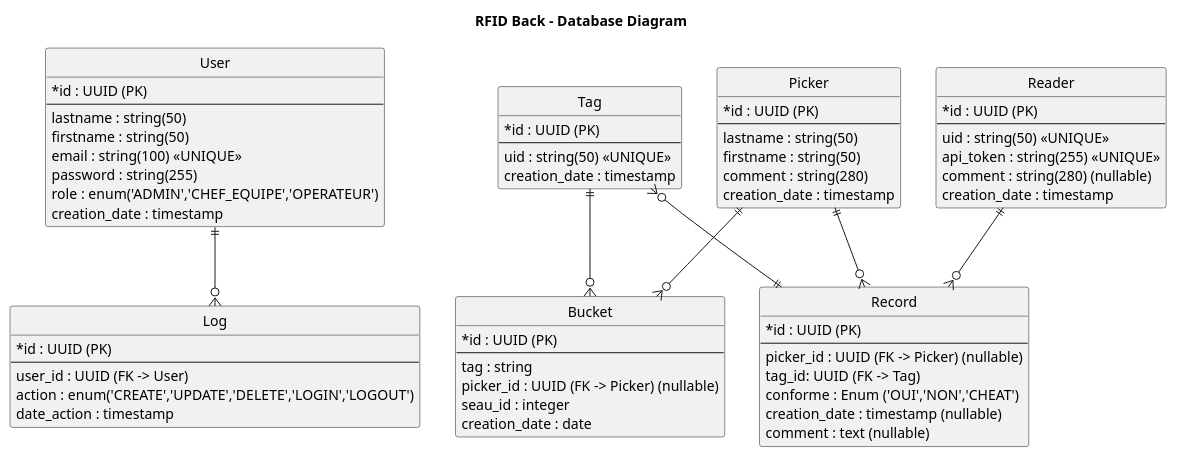
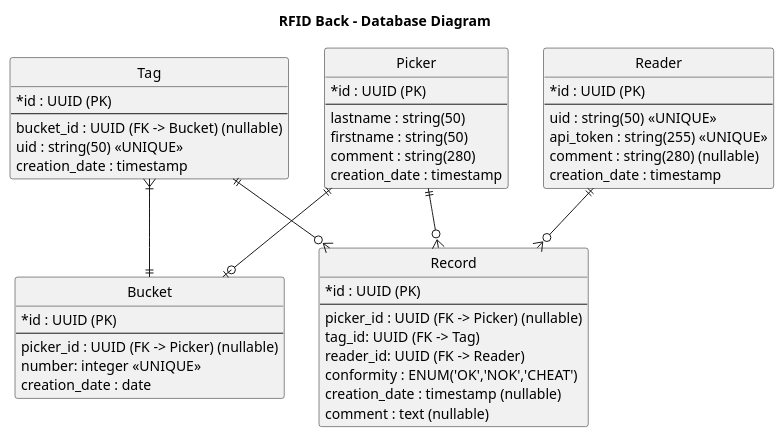
One commit to Azertyny/rfid-backend changed the diagram in doc/20251013-database_diagram.puml. Above: the diagram before and after it, drawn with PlantUML. The commit also changed 15 other files, not shown here.

```diff
--- a/doc/20251013-database_diagram.puml
+++ b/doc/20251013-database_diagram.puml
@@ -1,91 +1,72 @@
 @startuml database_diagram
 title RFID Back - Database Diagram
 
 ' ===============================
 ' DATABASE DIAGRAM
 ' ===============================
 hide circle
 'skinparam linetype ortho
 skinparam classAttributeIconSize 0
 
 ' TODO: Look at new UUID postgres type for primary keys (therefore no need for creation or update timestamps)
 
 ' ===============================
 ' MAIN ENTITIES
 ' ===============================
 
-entity "User" as user {
-  *id : UUID (PK)
-  --
-  lastname : string(50)
-  firstname : string(50)
-  email : string(100) <<UNIQUE>>
-  password : string(255)
-  role : enum('ADMIN','CHEF_EQUIPE','OPERATEUR')
-  creation_date : timestamp
-}
 
 entity "Picker" as picker {
   *id : UUID (PK)
   --
   lastname : string(50)
   firstname : string(50)
   comment : string(280)
   creation_date : timestamp
 }
 
 entity "Tag" as tag {
   *id : UUID (PK)
   --
+  bucket_id : UUID (FK -> Bucket) (nullable)
   uid : string(50) <<UNIQUE>>
   creation_date : timestamp
 }
 
 entity "Bucket" as bucket {
   *id : UUID (PK)
   --
-  tag : string
   picker_id : UUID (FK -> Picker) (nullable)
-  seau_id : integer
+  number: integer <<UNIQUE>>
   creation_date : date
 }
 
 entity "Record" as record {
   *id : UUID (PK)
   --
   picker_id : UUID (FK -> Picker) (nullable)
   tag_id: UUID (FK -> Tag)
-  conforme : Enum ('OUI','NON','CHEAT')
+  reader_id: UUID (FK -> Reader)
+  conformity : ENUM('OK','NOK','CHEAT')
   creation_date : timestamp (nullable)
   comment : text (nullable)
-}
-
-entity "Log" as log {
-  *id : UUID (PK)
-  --
-  user_id : UUID (FK -> User)
-  action : enum('CREATE','UPDATE','DELETE','LOGIN','LOGOUT')
-  date_action : timestamp
 }
 
 entity "Reader" as reader {
   *id : UUID (PK)
   --
   uid : string(50) <<UNIQUE>>
   api_token : string(255) <<UNIQUE>>
   comment : string(280) (nullable)
   creation_date : timestamp
 }
 
 ' ===============================
 ' RELATIONS & CARDINALITÉS
 ' ===============================
-user ||--o{ log
-picker ||--o{ bucket
-' activity ||--o{ assignment
-tag ||--o{ bucket
+picker ||--o| bucket
+tag }|--|| bucket
 picker ||--o{ record
 reader ||--o{ record
-tag }o--|| record
+tag ||--o{ record
 
 @enduml
```
